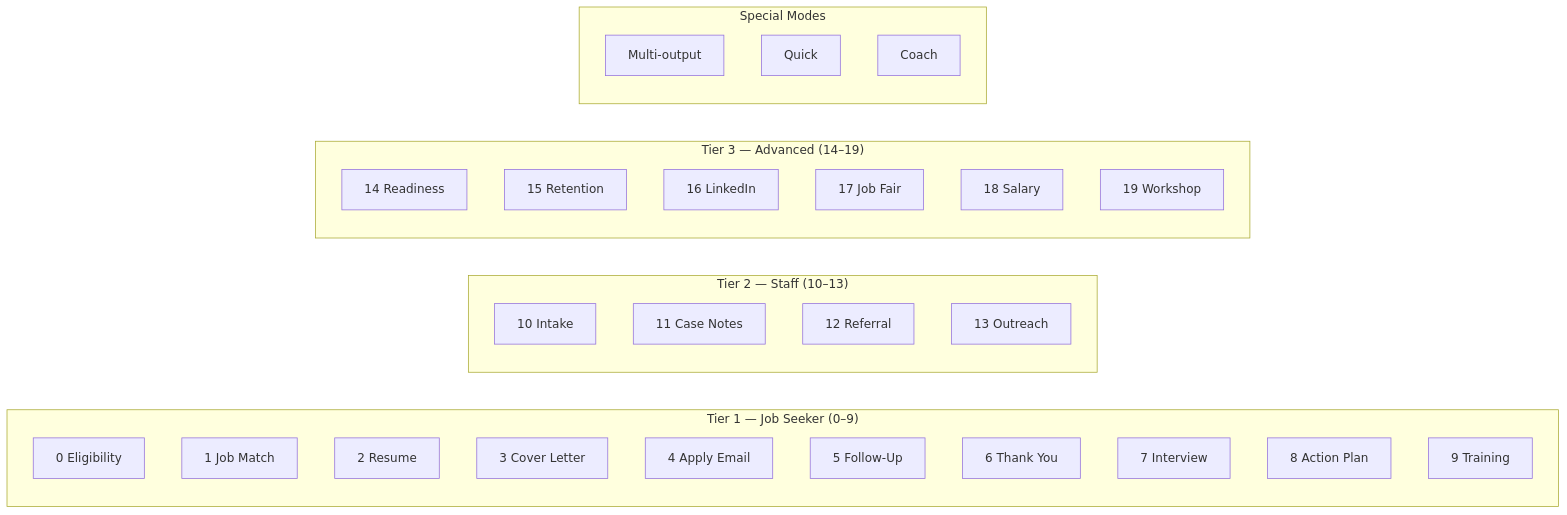
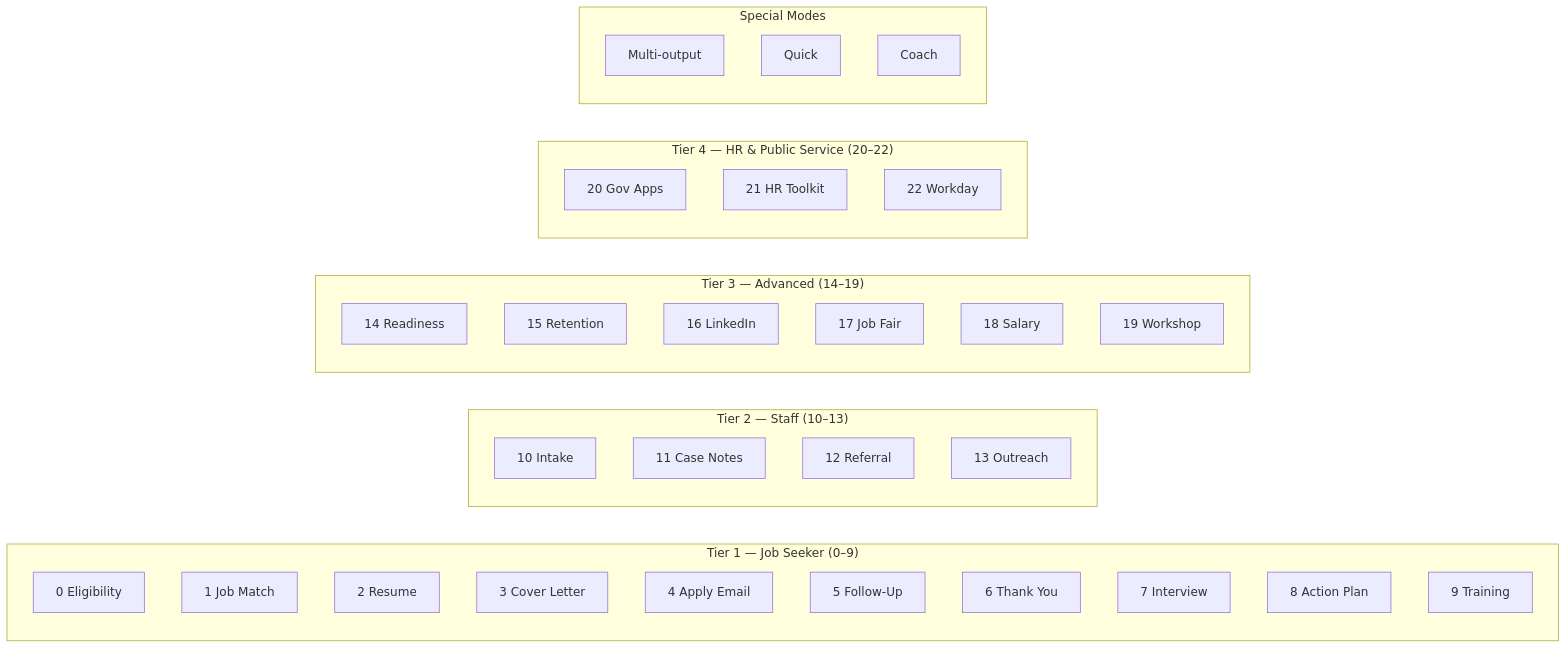
The second of 4 diagrams in README.md (dougdevitre/access-to-jobs), drawn with Mermaid before and after one commit. The commit also changed other lines of this file and 6 other files, not shown here.

````diff
--- a/README.md
+++ b/README.md
@@ -126,34 +143,39 @@
 ```mermaid
 flowchart LR
     subgraph Tier1["Tier 1 — Job Seeker (0–9)"]
         M0["0 Eligibility"]
         M1["1 Job Match"]
         M2["2 Resume"]
         M3["3 Cover Letter"]
         M4["4 Apply Email"]
         M5["5 Follow-Up"]
         M6["6 Thank You"]
         M7["7 Interview"]
         M8["8 Action Plan"]
         M9["9 Training"]
     end
     subgraph Tier2["Tier 2 — Staff (10–13)"]
         M10["10 Intake"]
         M11["11 Case Notes"]
         M12["12 Referral"]
         M13["13 Outreach"]
     end
     subgraph Tier3["Tier 3 — Advanced (14–19)"]
         M14["14 Readiness"]
         M15["15 Retention"]
         M16["16 LinkedIn"]
         M17["17 Job Fair"]
         M18["18 Salary"]
         M19["19 Workshop"]
     end
-    subgraph Tier4["Special Modes"]
+    subgraph Tier4["Tier 4 — HR & Public Service (20–22)"]
+        M20["20 Gov Apps"]
+        M21["21 HR Toolkit"]
+        M22["22 Workday"]
+    end
+    subgraph Special["Special Modes"]
         SM1["Multi-output"]
         SM2["Quick"]
         SM3["Coach"]
     end
 ```
````
